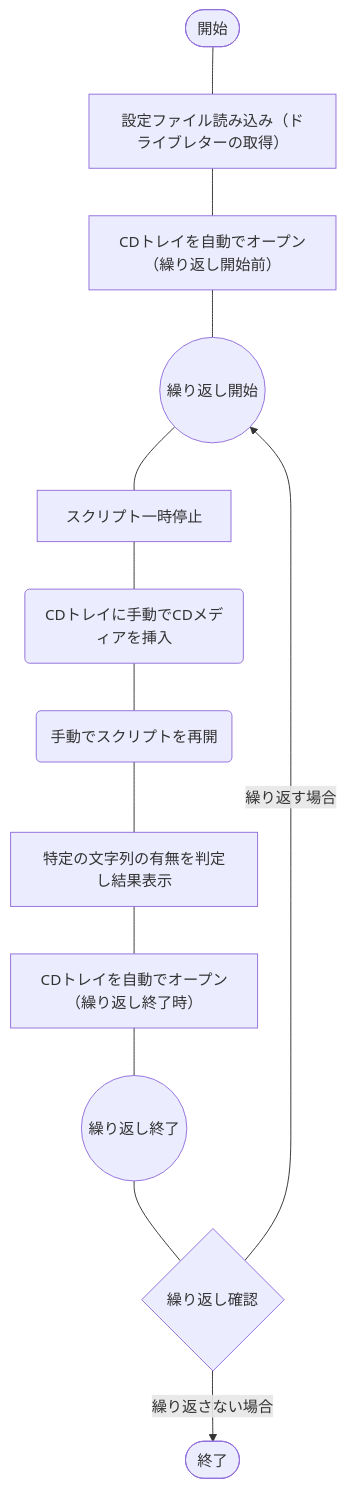
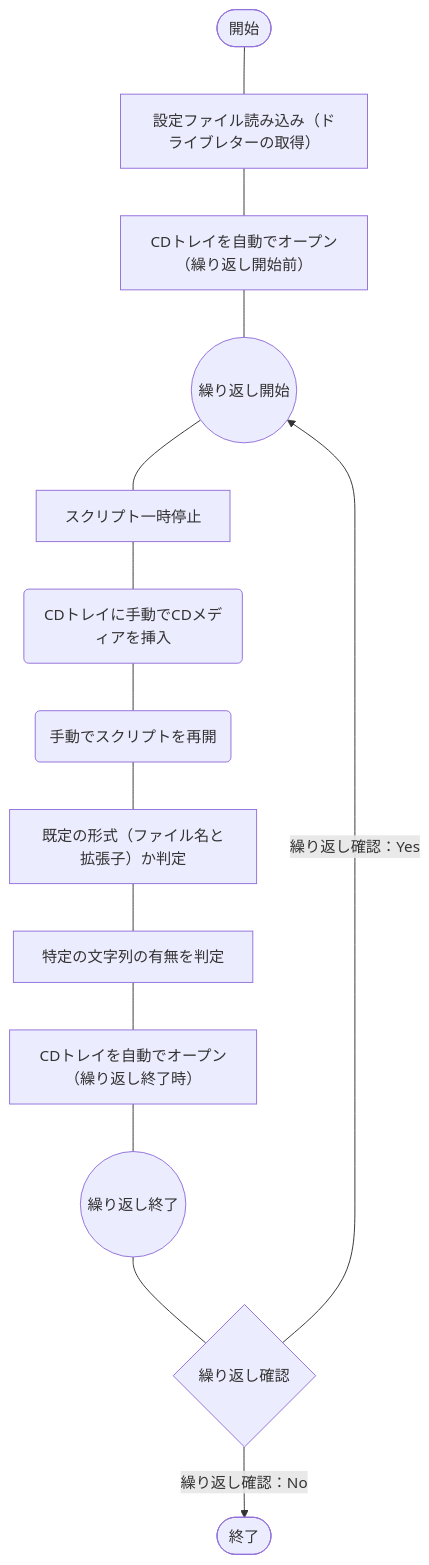
One commit to akiGAMEBOY/haretokidoki_zn changed the diagram in articles/f1634c386ffc1d.md. Above: the diagram before and after it, drawn with Mermaid. The commit also changed other lines of this file, not shown here.

````diff
--- a/articles/f1634c386ffc1d.md
+++ b/articles/f1634c386ffc1d.md
@@ -33,15 +34,16 @@
 ```mermaid
 flowchart TB
     A(["開始"]) --- B["設定ファイル読み込み（ドライブレターの取得）"]
     B --- C["CDトレイを自動でオープン（繰り返し開始前）"]
     C --- D(("繰り返し開始"))
     D --- E["スクリプト一時停止"]
     E --- F("CDトレイに手動でCDメディアを挿入")
     F --- G("手動でスクリプトを再開")
-    G --- H["特定の文字列の有無を判定し結果表示"]
-    H --- I["CDトレイを自動でオープン（繰り返し終了時）"]
-    I --- J(("繰り返し終了"))
-    J --- K{"繰り返し確認"}
-    K --> |"繰り返す場合"| D
-    K --> |"繰り返さない場合"| L(["終了"])
+    G --- H["既定の形式（ファイル名と拡張子）か判定"]
+    H --- I["特定の文字列の有無を判定"]
+    I --- J["CDトレイを自動でオープン（繰り返し終了時）"]
+    J --- K(("繰り返し終了"))
+    K --- L{"繰り返し確認"}
+    L --> |"繰り返し確認：Yes"| D
+    L --> |"繰り返し確認：No"| M(["終了"])
 ```
````
